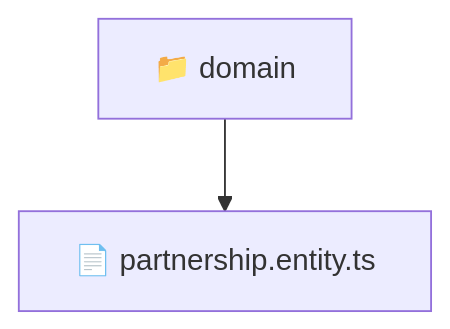
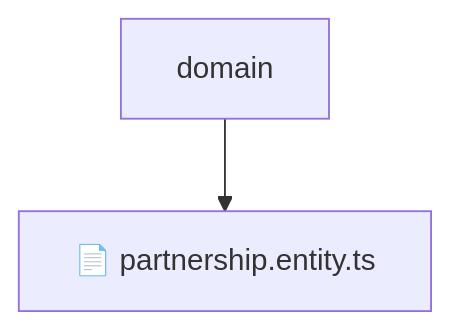
The diagram in backend/src/modules/partnership/domain/README.md (beginwebdev2002/fullstack-mavluda), drawn with Mermaid before and after one commit. The commit also changed other lines of this file and 155 other files, not shown here.

````diff
--- a/backend/src/modules/partnership/domain/README.md
+++ b/backend/src/modules/partnership/domain/README.md
@@ -10,5 +14,5 @@
 ```mermaid
 graph TD
-  Root["📁 domain"]
-  Root --> partnershipentityts["📄 partnership.entity.ts"]
+    Root[domain]
+    Root --> F0[📄 partnership.entity.ts]
 ```
````
